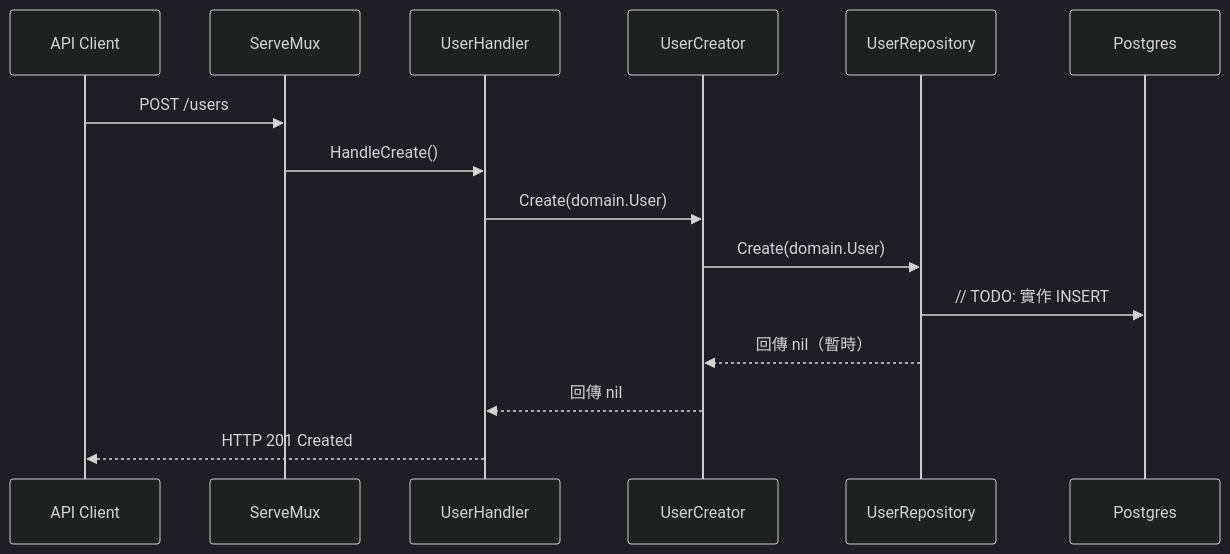
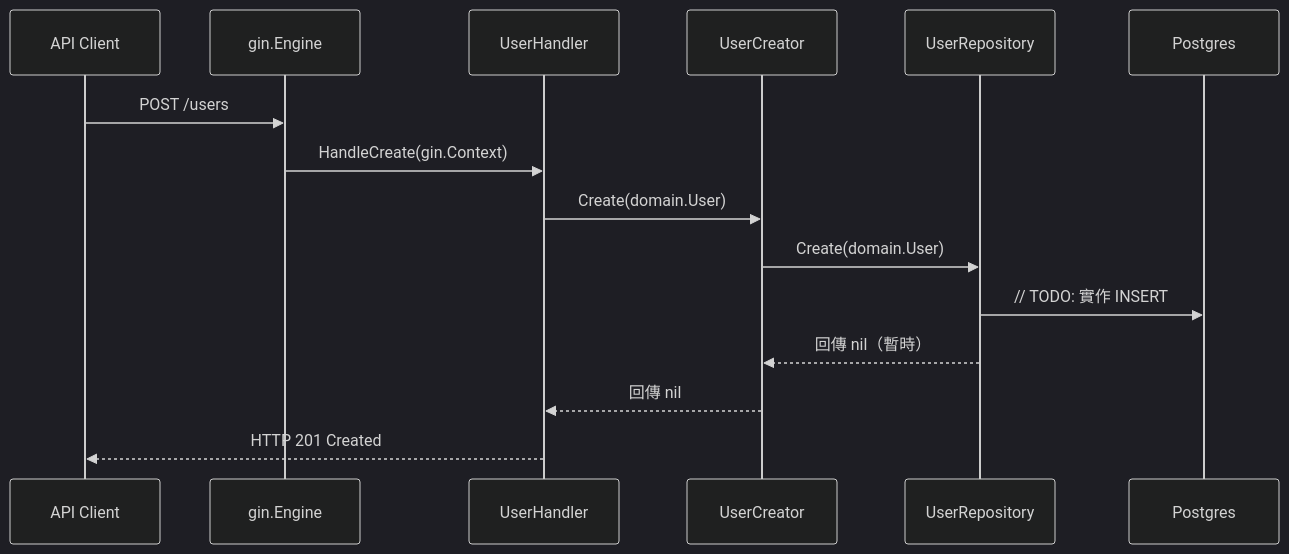
One commit to kentlin0919/Subscription_System_App changed the second of 2 diagrams in README.md. Above: the diagram before and after it, drawn with Mermaid (dark theme). The commit also changed other lines of this file and 8 other files, not shown here.

Commit message:
feat(http): adopt gin router

````diff
--- a/README.md
+++ b/README.md
@@ -63,18 +64,18 @@
 ```mermaid
 sequenceDiagram
     participant Client as API Client
-    participant Router as ServeMux
+    participant Gin as gin.Engine
     participant Handler as UserHandler
     participant UseCase as UserCreator
     participant Repo as UserRepository
     participant PG as Postgres
 
-    Client->>Router: POST /users
-    Router->>Handler: HandleCreate()
+    Client->>Gin: POST /users
+    Gin->>Handler: HandleCreate(gin.Context)
     Handler->>UseCase: Create(domain.User)
     UseCase->>Repo: Create(domain.User)
     Repo->>PG: // TODO: 實作 INSERT
     Repo-->>UseCase: 回傳 nil（暫時）
     UseCase-->>Handler: 回傳 nil
     Handler-->>Client: HTTP 201 Created
 ```
````
